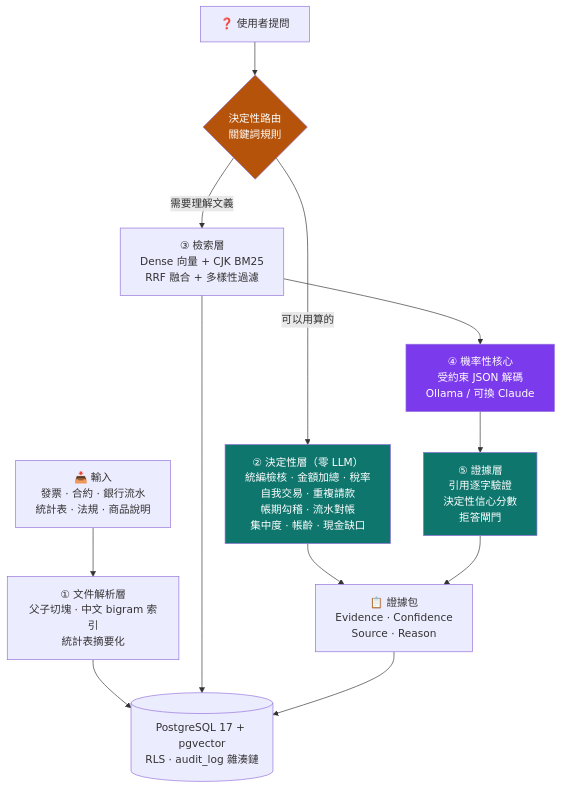
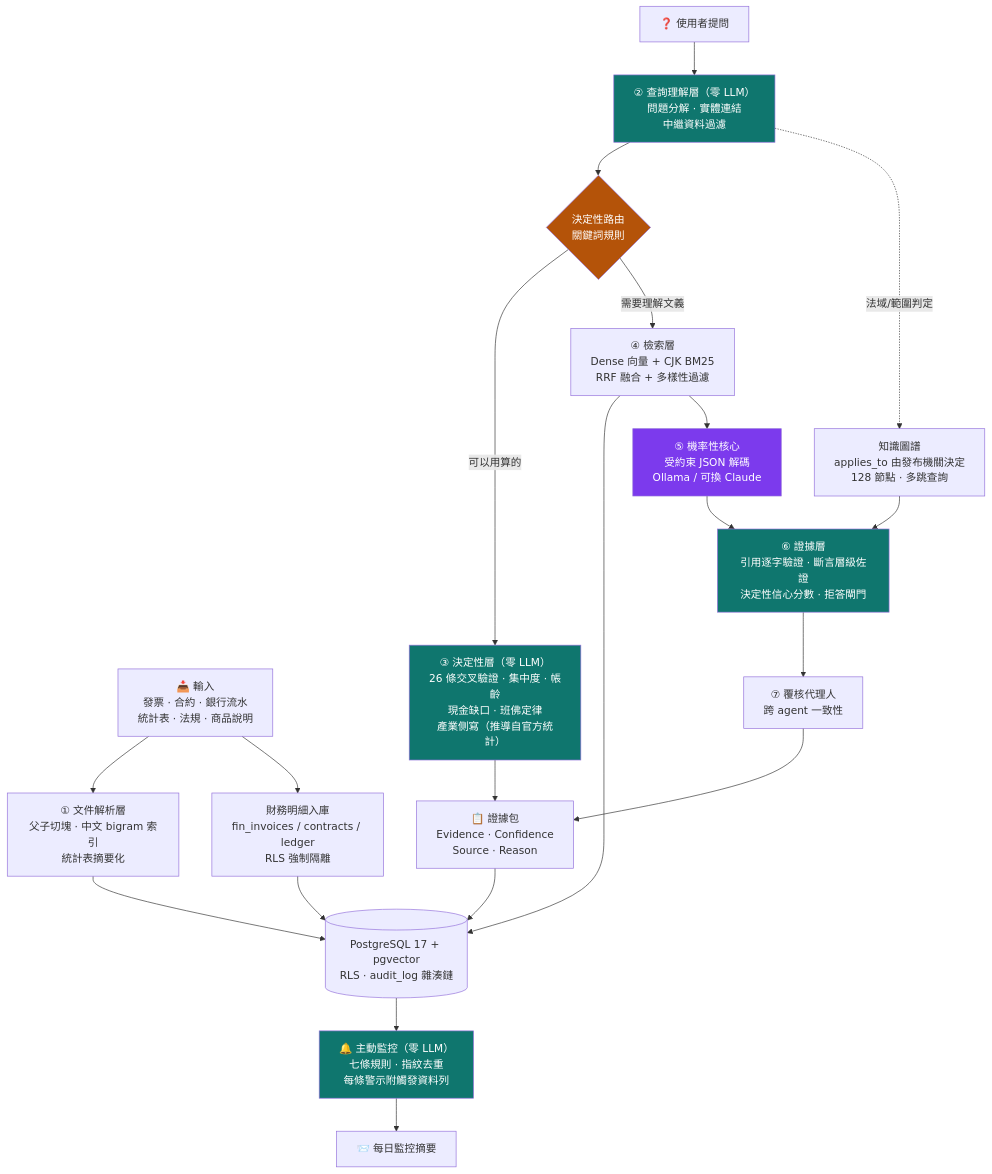
Before and after one commit to wajason/flowmind-ai: the fourth of 7 diagrams in README.md, drawn with Mermaid. The commit also changed other lines of this file, not shown here.

First line of the commit message:
docs(README): 架構圖與實測快照更新至現況

````diff
--- a/README.md
+++ b/README.md
@@ -155,28 +155,40 @@
 ```mermaid
 flowchart TB
     IN["📥 輸入<br/>發票 · 合約 · 銀行流水<br/>統計表 · 法規 · 商品說明"]
     PARSE["① 文件解析層<br/>父子切塊 · 中文 bigram 索引<br/>統計表摘要化"]
+    FIN["財務明細入庫<br/>fin_invoices / contracts / ledger<br/>RLS 強制隔離"]
     Q["❓ 使用者提問"]
+    PLAN["② 查詢理解層（零 LLM）<br/>問題分解 · 實體連結<br/>中繼資料過濾"]
     ROUTE{"決定性路由<br/>關鍵詞規則"}
-    DET["② 決定性層（零 LLM）<br/>統編檢核 · 金額加總 · 稅率<br/>自我交易 · 重複請款<br/>帳期勾稽 · 流水對帳<br/>集中度 · 帳齡 · 現金缺口"]
-    RET["③ 檢索層<br/>Dense 向量 + CJK BM25<br/>RRF 融合 + 多樣性過濾"]
-    CORE["④ 機率性核心<br/>受約束 JSON 解碼<br/>Ollama / 可換 Claude"]
-    EV["⑤ 證據層<br/>引用逐字驗證<br/>決定性信心分數<br/>拒答閘門"]
+    DET["③ 決定性層（零 LLM）<br/>26 條交叉驗證 · 集中度 · 帳齡<br/>現金缺口 · 班佛定律<br/>產業側寫（推導自官方統計）"]
+    RET["④ 檢索層<br/>Dense 向量 + CJK BM25<br/>RRF 融合 + 多樣性過濾"]
+    KG["知識圖譜<br/>applies_to 由發布機關決定<br/>128 節點 · 多跳查詢"]
+    CORE["⑤ 機率性核心<br/>受約束 JSON 解碼<br/>Ollama / 可換 Claude"]
+    EV["⑥ 證據層<br/>引用逐字驗證 · 斷言層級佐證<br/>決定性信心分數 · 拒答閘門"]
+    AUD["⑦ 覆核代理人<br/>跨 agent 一致性"]
+    WATCH["🔔 主動監控（零 LLM）<br/>七條規則 · 指紋去重<br/>每條警示附觸發資料列"]
     DB[("PostgreSQL 17 + pgvector<br/>RLS · audit_log 雜湊鏈")]
     OUT["📋 證據包<br/>Evidence · Confidence<br/>Source · Reason"]
+    ALERT["📨 每日監控摘要"]
 
     IN --> PARSE --> DB
-    Q --> ROUTE
+    IN --> FIN --> DB
+    Q --> PLAN --> ROUTE
     ROUTE -->|可以用算的| DET
     ROUTE -->|需要理解文義| RET
+    PLAN -.法域/範圍判定.-> KG
     RET --> DB
-    RET --> CORE --> EV
+    KG --> EV
+    RET --> CORE --> EV --> AUD
     DET --> OUT
-    EV --> OUT
+    AUD --> OUT
     OUT --> DB
+    DB --> WATCH --> ALERT
 
     style DET fill:#0f766e,color:#fff
     style EV fill:#0f766e,color:#fff
+    style PLAN fill:#0f766e,color:#fff
+    style WATCH fill:#0f766e,color:#fff
     style CORE fill:#7c3aed,color:#fff
     style ROUTE fill:#b45309,color:#fff
 ```
````
